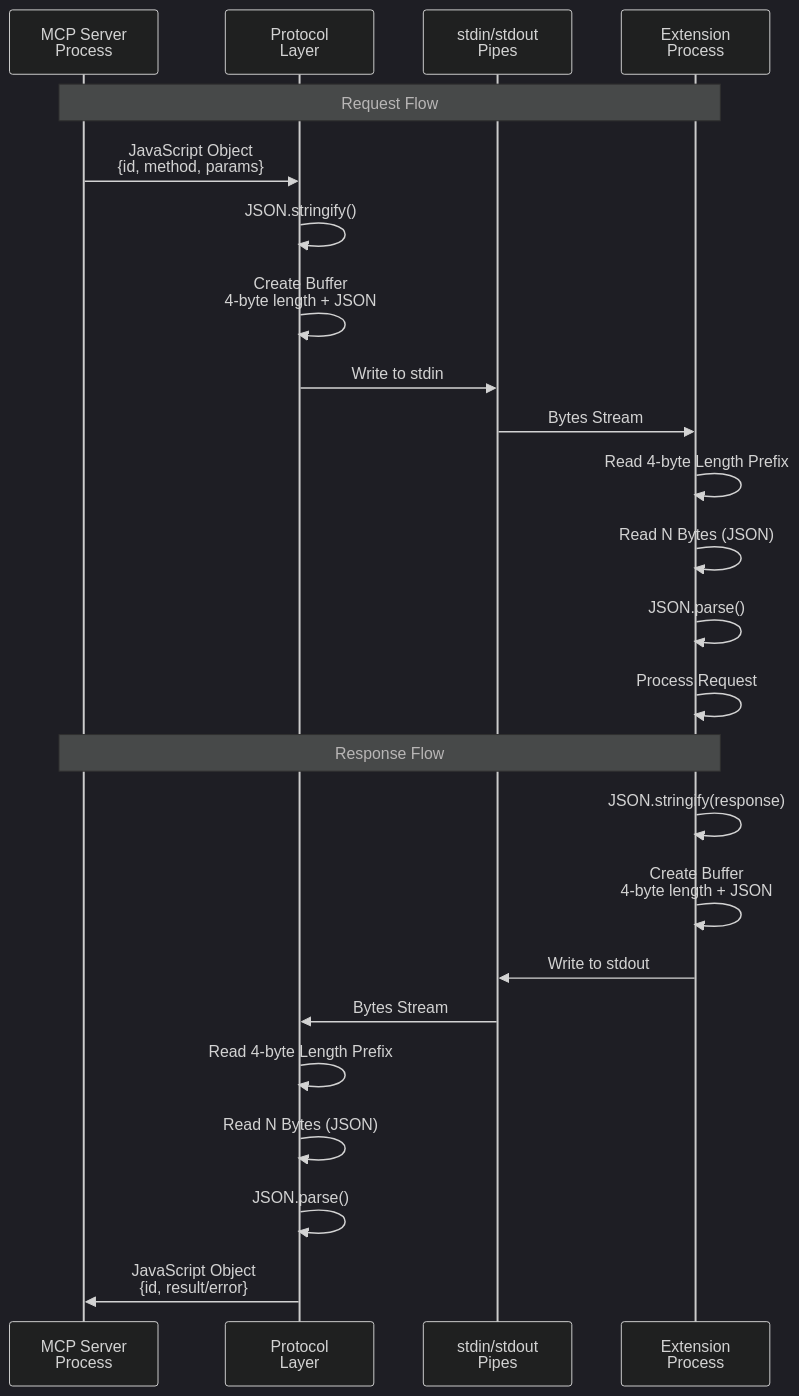
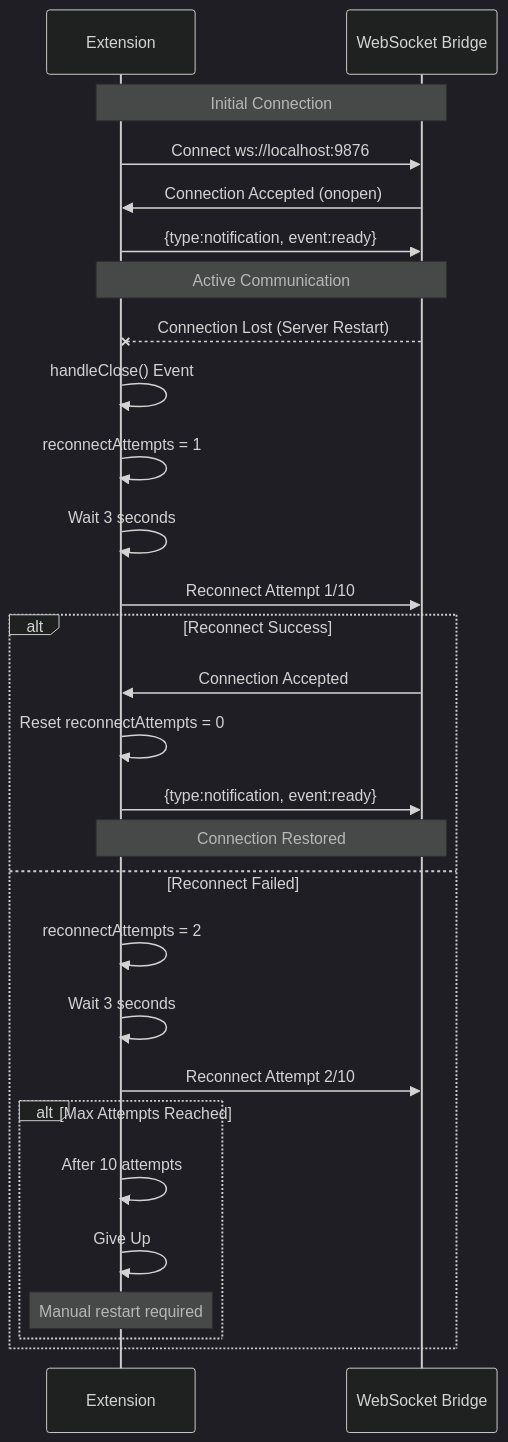
Before and after one commit to assistance-micro-design/zileo-mcp-thunderbird: the seventh of 10 diagrams in docs/architecture/data-flow.md, drawn with Mermaid (dark theme). The commit also changed other lines of this file and 7 other files, not shown here.

````diff
--- a/docs/architecture/data-flow.md
+++ b/docs/architecture/data-flow.md
@@ -344,32 +356,38 @@
 ```mermaid
 sequenceDiagram
-    participant Server as MCP Server<br/>Process
-    participant Protocol as Protocol<br/>Layer
-    participant Stdio as stdin/stdout<br/>Pipes
-    participant Extension as Extension<br/>Process
+    participant Extension as Extension
+    participant Bridge as WebSocket Bridge
 
-    Note over Server,Extension: Request Flow
+    Note over Extension,Bridge: Initial Connection
 
-    Server->>Protocol: JavaScript Object<br/>{id, method, params}
-    Protocol->>Protocol: JSON.stringify()
-    Protocol->>Protocol: Create Buffer<br/>4-byte length + JSON
-    Protocol->>Stdio: Write to stdin
+    Extension->>Bridge: Connect ws://localhost:9876
+    Bridge->>Extension: Connection Accepted (onopen)
+    Extension->>Bridge: {type:notification, event:ready}
 
-    Stdio->>Extension: Bytes Stream
-    Extension->>Extension: Read 4-byte Length Prefix
-    Extension->>Extension: Read N Bytes (JSON)
-    Extension->>Extension: JSON.parse()
-    Extension->>Extension: Process Request
+    Note over Extension,Bridge: Active Communication
 
-    Note over Server,Extension: Response Flow
+    Bridge--xExtension: Connection Lost (Server Restart)
 
-    Extension->>Extension: JSON.stringify(response)
-    Extension->>Extension: Create Buffer<br/>4-byte length + JSON
-    Extension->>Stdio: Write to stdout
+    Extension->>Extension: handleClose() Event
+    Extension->>Extension: reconnectAttempts = 1
+    Extension->>Extension: Wait 3 seconds
 
-    Stdio->>Protocol: Bytes Stream
-    Protocol->>Protocol: Read 4-byte Length Prefix
-    Protocol->>Protocol: Read N Bytes (JSON)
-    Protocol->>Protocol: JSON.parse()
-    Protocol->>Server: JavaScript Object<br/>{id, result/error}
+    Extension->>Bridge: Reconnect Attempt 1/10
+
+    alt Reconnect Success
+        Bridge->>Extension: Connection Accepted
+        Extension->>Extension: Reset reconnectAttempts = 0
+        Extension->>Bridge: {type:notification, event:ready}
+        Note over Extension,Bridge: Connection Restored
+    else Reconnect Failed
+        Extension->>Extension: reconnectAttempts = 2
+        Extension->>Extension: Wait 3 seconds
+        Extension->>Bridge: Reconnect Attempt 2/10
+
+        alt Max Attempts Reached
+            Extension->>Extension: After 10 attempts
+            Extension->>Extension: Give Up
+            Note over Extension: Manual restart required
+        end
+    end
 ```
````
